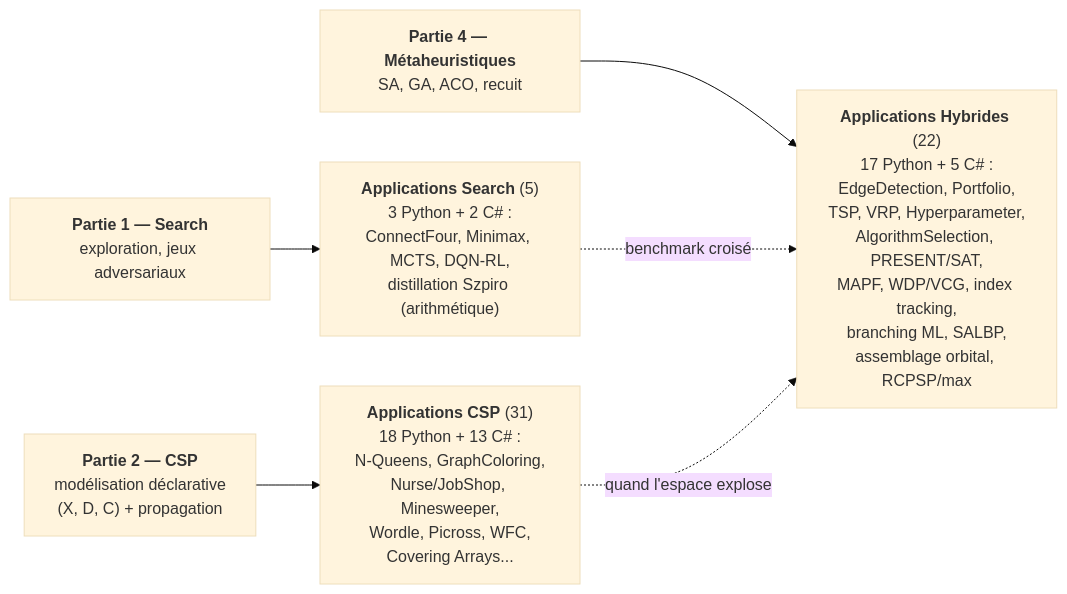
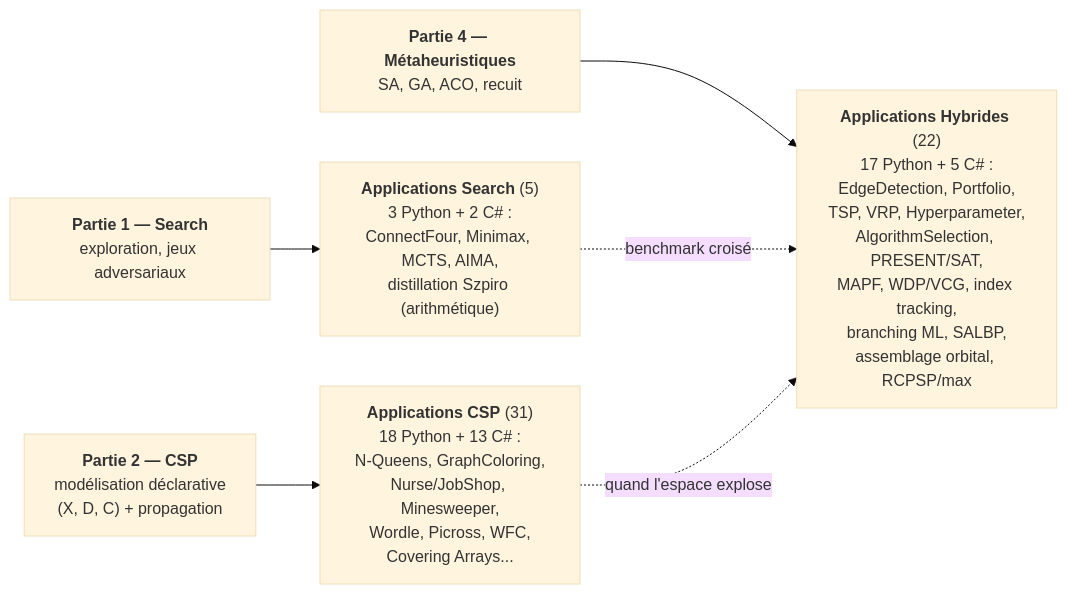
Before and after one commit to jsboige/CoursIA: the diagram in MyIA.AI.Notebooks/Search/Applications/README.md, drawn with Mermaid (base theme). The commit also changed other lines of this file and 1 other file, not shown here.

````diff
--- a/MyIA.AI.Notebooks/Search/Applications/README.md
+++ b/MyIA.AI.Notebooks/Search/Applications/README.md
@@ -39,14 +39,14 @@
 ```mermaid
 flowchart LR
     P1["<b>Partie 1 — Search</b><br/>exploration, jeux adversariaux"]
     P2["<b>Partie 2 — CSP</b><br/>modélisation déclarative<br/>(X, D, C) + propagation"]
     P4["<b>Partie 4 — Métaheuristiques</b><br/>SA, GA, ACO, recuit"]
-    S["<b>Applications Search</b> (5)<br/>3 Python + 2 C# :<br/>ConnectFour, Minimax, MCTS, DQN-RL,<br/>distillation Szpiro (arithmétique)"]
+    S["<b>Applications Search</b> (5)<br/>3 Python + 2 C# :<br/>ConnectFour, Minimax, MCTS, AIMA,<br/>distillation Szpiro (arithmétique)"]
     C["<b>Applications CSP</b> (31)<br/>18 Python + 13 C# :<br/>N-Queens, GraphColoring,<br/>Nurse/JobShop, Minesweeper,<br/>Wordle, Picross, WFC,<br/>Covering Arrays..."]
     H["<b>Applications Hybrides</b> (22)<br/>17 Python + 5 C# :<br/>EdgeDetection, Portfolio,<br/>TSP, VRP, Hyperparameter,<br/>AlgorithmSelection, PRESENT/SAT,<br/>MAPF, WDP/VCG, index tracking,<br/>branching ML, SALBP,<br/>assemblage orbital, RCPSP/max"]
     P1 --> S
     P2 --> C
     P4 --> H
     S -.->|"benchmark croisé"| H
     C -.->|"quand l'espace explose"| H
 ```
````
